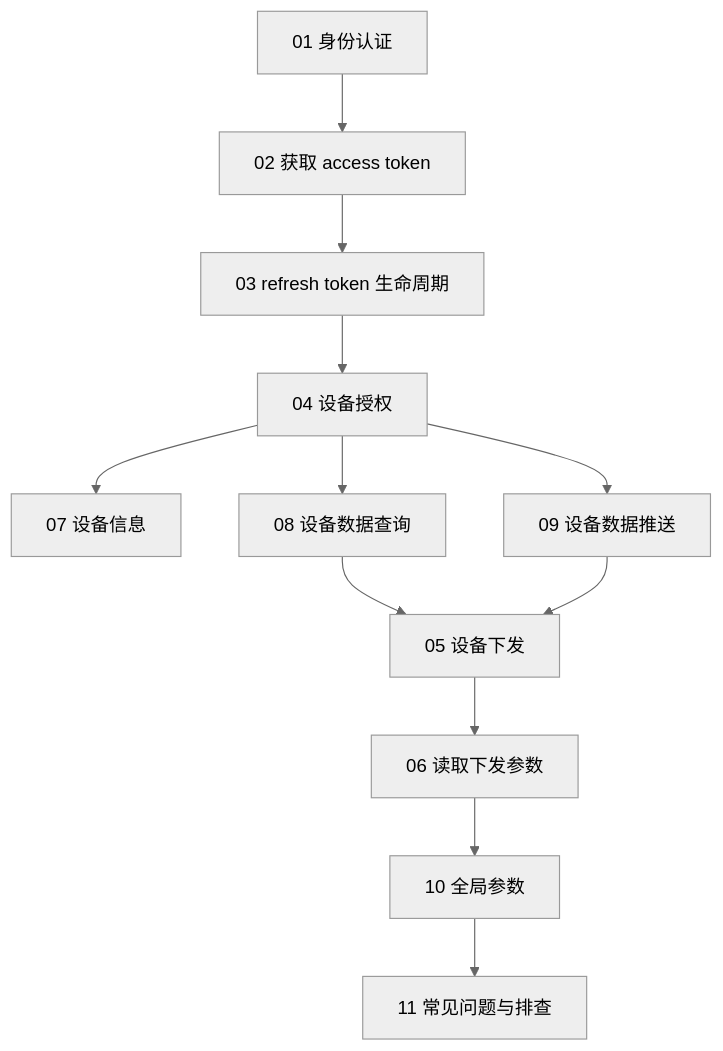
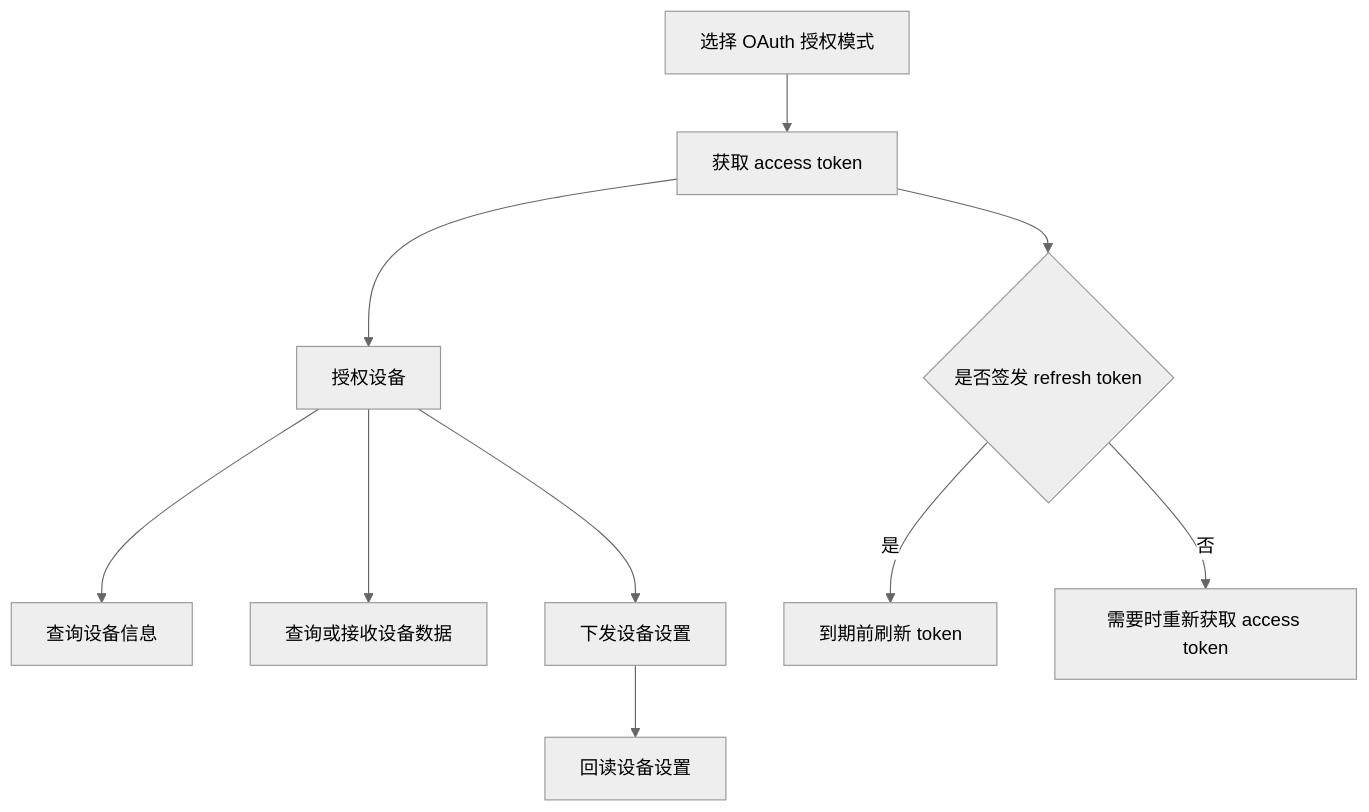
The first of 2 diagrams in Growatt API/OPENAPI.zh-CN/README.md (EugeneJian/growatt-unified-api), drawn with Mermaid (neutral theme) before and after one commit. The commit also changed other lines of this file and 46 other files, not shown here.

````diff
--- a/Growatt API/OPENAPI.zh-CN/README.md
+++ b/Growatt API/OPENAPI.zh-CN/README.md
@@ -7,15 +7,12 @@
 ```mermaid
-%% 本代码严格遵循AI生成Mermaid代码的终极准则v4.1（Mermaid终极大师）
 flowchart TD
-    A["01 身份认证"] --> B["02 获取 access token"]
-    B --> C["03 refresh token 生命周期"]
-    C --> D["04 设备授权"]
-    D --> E["07 设备信息"]
-    D --> F["08 设备数据查询"]
-    D --> G["09 设备数据推送"]
-    F --> H["05 设备下发"]
-    H --> I["06 读取下发参数"]
-    G --> H
-    I --> J["10 全局参数"]
-    J --> K["11 常见问题与排查"]
+    A["选择 OAuth 授权模式"] --> B["获取 access token"]
+    B --> C["授权设备"]
+    C --> D["查询设备信息"]
+    C --> E["查询或接收设备数据"]
+    C --> F["下发设备设置"]
+    F --> G["回读设备设置"]
+    B --> H{"是否签发 refresh token"}
+    H -->|"是"| I["到期前刷新 token"]
+    H -->|"否"| J["需要时重新获取 access token"]
 ```
````
